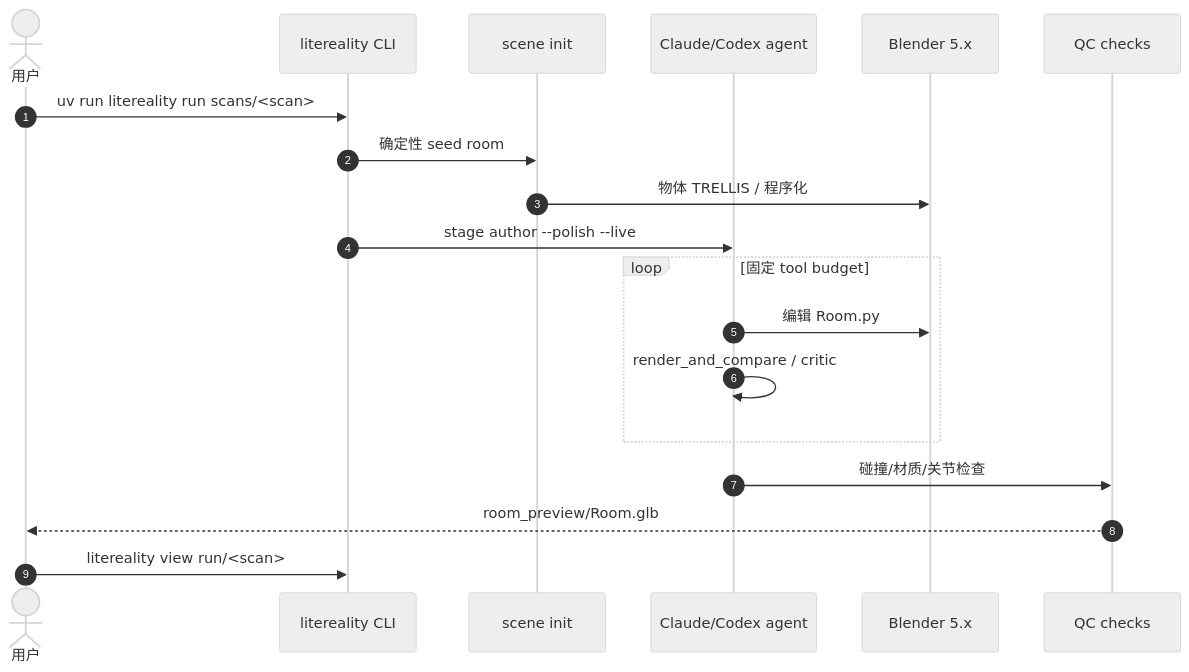
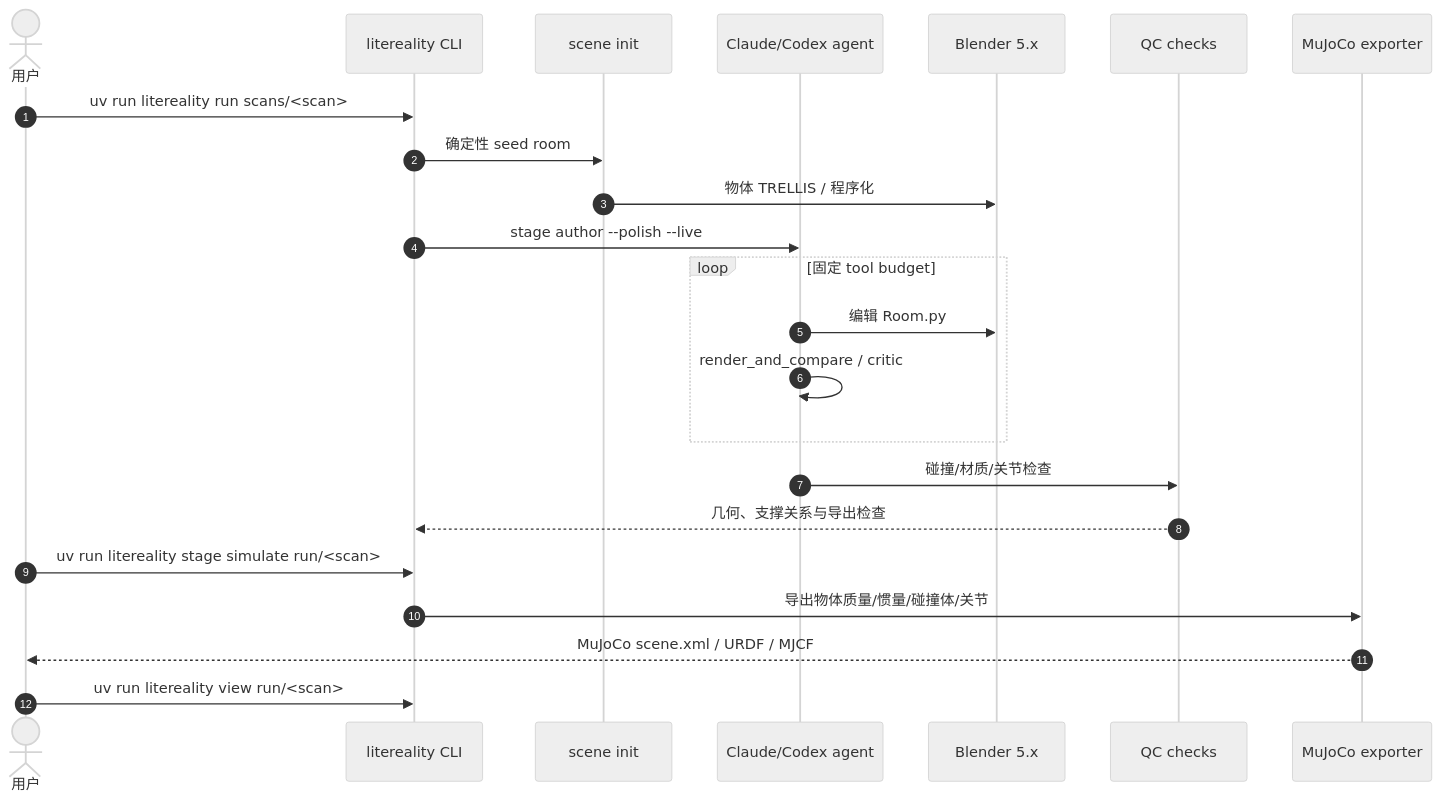
One commit to ImChong/Robotics_Notebooks changed the second of 2 diagrams in wiki/entities/litereality-agent.md. Above: the diagram before and after it, drawn with Mermaid (neutral theme). The commit also changed other lines of this file and 5 other files, not shown here.

````diff
--- a/wiki/entities/litereality-agent.md
+++ b/wiki/entities/litereality-agent.md
@@ -77,21 +91,25 @@
 ```mermaid
 sequenceDiagram
     autonumber
     actor User as 用户
     participant CLI as litereality CLI
     participant Init as scene init
     participant Agent as Claude/Codex agent
     participant Blender as Blender 5.x
     participant QC as QC checks
+    participant Sim as MuJoCo exporter
     User->>CLI: uv run litereality run scans/<scan>
     CLI->>Init: 确定性 seed room
     Init->>Blender: 物体 TRELLIS / 程序化
     CLI->>Agent: stage author --polish --live
     loop 固定 tool budget
         Agent->>Blender: 编辑 Room.py
         Agent->>Agent: render_and_compare / critic
     end
     Agent->>QC: 碰撞/材质/关节检查
-    QC-->>User: room_preview/Room.glb
-    User->>CLI: litereality view run/<scan>
+    QC-->>CLI: 几何、支撑关系与导出检查
+    User->>CLI: uv run litereality stage simulate run/<scan>
+    CLI->>Sim: 导出物体质量/惯量/碰撞体/关节
+    Sim-->>User: MuJoCo scene.xml / URDF / MJCF
+    User->>CLI: uv run litereality view run/<scan>
 ```
````
